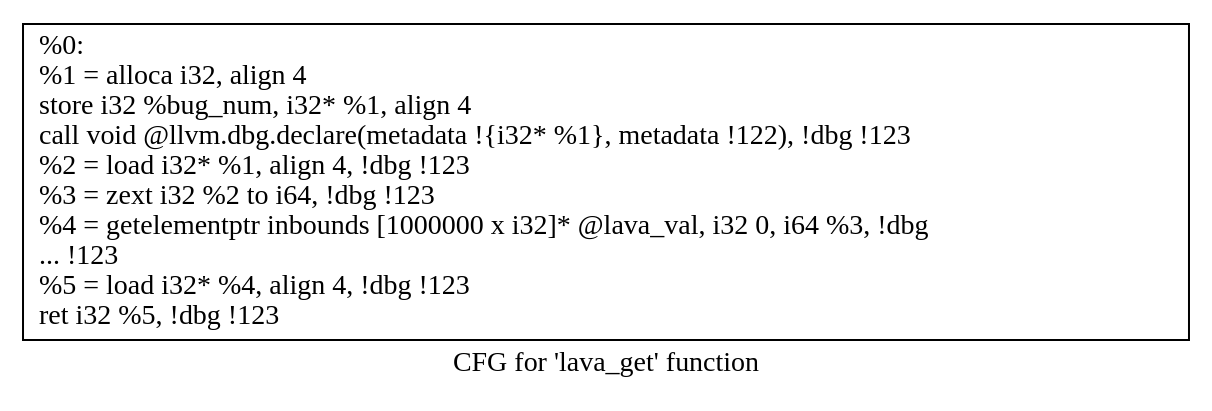
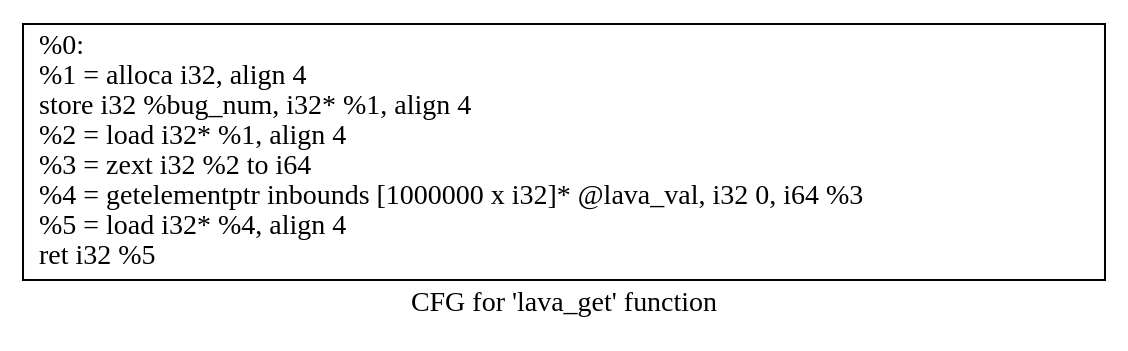
Before and after one commit to Manouchehri/sim-fuzz-1: the diagram in cfg.lava_get.dot, drawn with Graphviz. The commit also changed 15 other files, not shown here.

```diff
--- a/cfg.lava_get.dot
+++ b/cfg.lava_get.dot
@@ -1,5 +1,5 @@
 digraph "CFG for 'lava_get' function" {
 	label="CFG for 'lava_get' function";
 
-	Node0x7e7ea0 [shape=record,label="{%0:\l  %1 = alloca i32, align 4\l  store i32 %bug_num, i32* %1, align 4\l  call void @llvm.dbg.declare(metadata !\{i32* %1\}, metadata !122), !dbg !123\l  %2 = load i32* %1, align 4, !dbg !123\l  %3 = zext i32 %2 to i64, !dbg !123\l  %4 = getelementptr inbounds [1000000 x i32]* @lava_val, i32 0, i64 %3, !dbg\l... !123\l  %5 = load i32* %4, align 4, !dbg !123\l  ret i32 %5, !dbg !123\l}"];
+	Node0x74dbc0 [shape=record,label="{%0:\l  %1 = alloca i32, align 4\l  store i32 %bug_num, i32* %1, align 4\l  %2 = load i32* %1, align 4\l  %3 = zext i32 %2 to i64\l  %4 = getelementptr inbounds [1000000 x i32]* @lava_val, i32 0, i64 %3\l  %5 = load i32* %4, align 4\l  ret i32 %5\l}"];
 }
```
